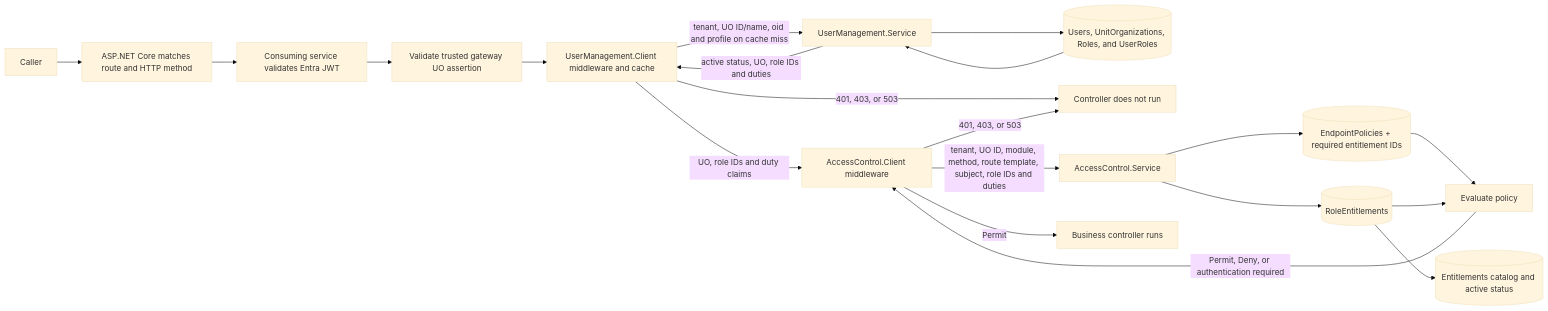
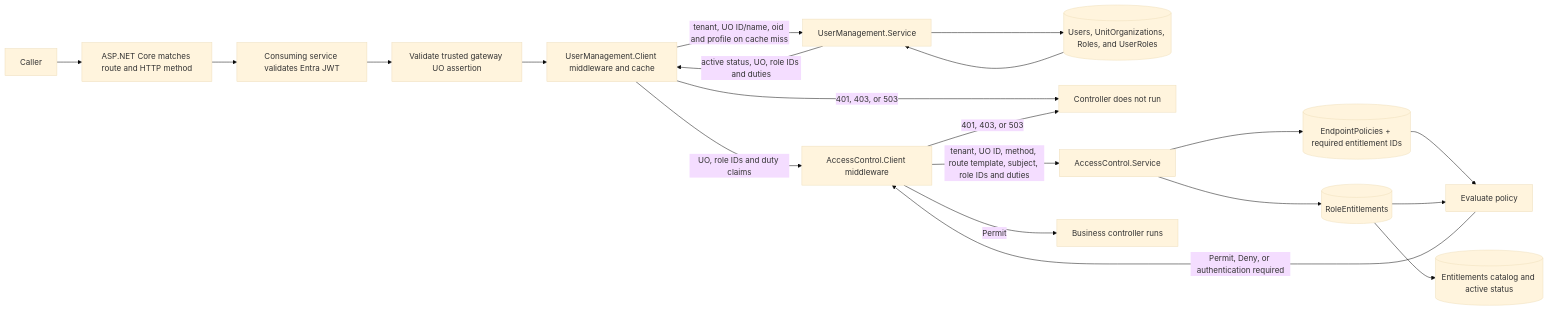
One commit to NMomchilo/AccessControl changed the diagram in docs/architecture.md. Above: the diagram before and after it, drawn with Mermaid (base theme). The commit also changed other lines of this file and 72 other files, not shown here.

````diff
--- a/docs/architecture.md
+++ b/docs/architecture.md
@@ -11,22 +11,22 @@
 ```mermaid
 flowchart LR
     Caller[Caller] --> Route[ASP.NET Core matches route and HTTP method]
     Route --> Auth[Consuming service validates Entra JWT]
     Auth --> Gateway[Validate trusted gateway UO assertion]
     Gateway --> UserClient[UserManagement.Client middleware and cache]
     UserClient -->|tenant, UO ID/name, oid and profile on cache miss| UserApi[UserManagement.Service]
     UserApi --> Users[(Users, UnitOrganizations, Roles, and UserRoles)]
     Users --> UserApi
     UserApi -->|active status, UO, role IDs and duties| UserClient
     UserClient -->|UO, role IDs and duty claims| NuGet[AccessControl.Client middleware]
     UserClient -->|401, 403, or 503| Stop[Controller does not run]
-    NuGet -->|tenant, UO ID, module, method, route template, subject, role IDs and duties| API[AccessControl.Service]
+    NuGet -->|tenant, UO ID, method, route template, subject, role IDs and duties| API[AccessControl.Service]
     API --> Policy[(EndpointPolicies + required entitlement IDs)]
     API --> Grants[(RoleEntitlements)]
     Grants --> Catalog[(Entitlements catalog and active status)]
     Policy --> Evaluate[Evaluate policy]
     Grants --> Evaluate
     Evaluate -->|Permit, Deny, or authentication required| NuGet
     NuGet -->|Permit| Controller[Business controller runs]
     NuGet -->|401, 403, or 503| Stop[Controller does not run]
 ```
````
